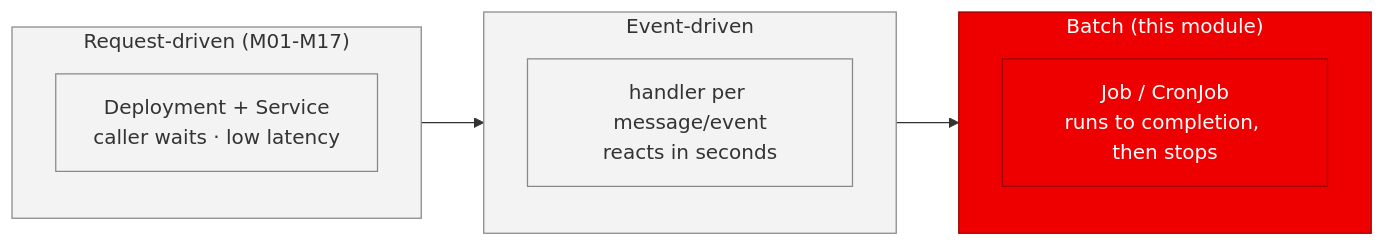
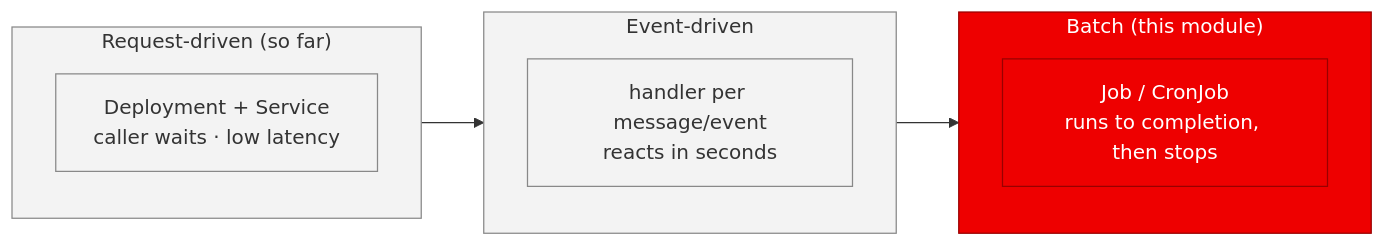
One commit to serhat-dirik/OCP-Getting-Started-Revamped changed the first of 2 diagrams in content/modules/ROOT/pages/jobs-batch-kueue/concept.adoc. Above: the diagram before and after it, drawn with Mermaid. The commit also changed 7 other files, not shown here.

```diff
--- a/content/modules/ROOT/pages/jobs-batch-kueue/concept.adoc
+++ b/content/modules/ROOT/pages/jobs-batch-kueue/concept.adoc
@@ -44,18 +44,18 @@
 [mermaid]
 ....
 graph LR
-  subgraph req["Request-driven (M01-M17)"]
+  subgraph req["Request-driven (so far)"]
     r["Deployment + Service<br/>caller waits · low latency"]
   end
   subgraph evt["Event-driven"]
     e["handler per message/event<br/>reacts in seconds"]
   end
   subgraph bat["Batch (this module)"]
     b["Job / CronJob<br/>runs to completion, then stops"]
   end
   req --> evt --> bat
   classDef here fill:#e00,stroke:#900,color:#fff;
   classDef other fill:#f3f3f3,stroke:#888,color:#333;
   class b,bat here;
   class r,e,req,evt other;
 ....
```
